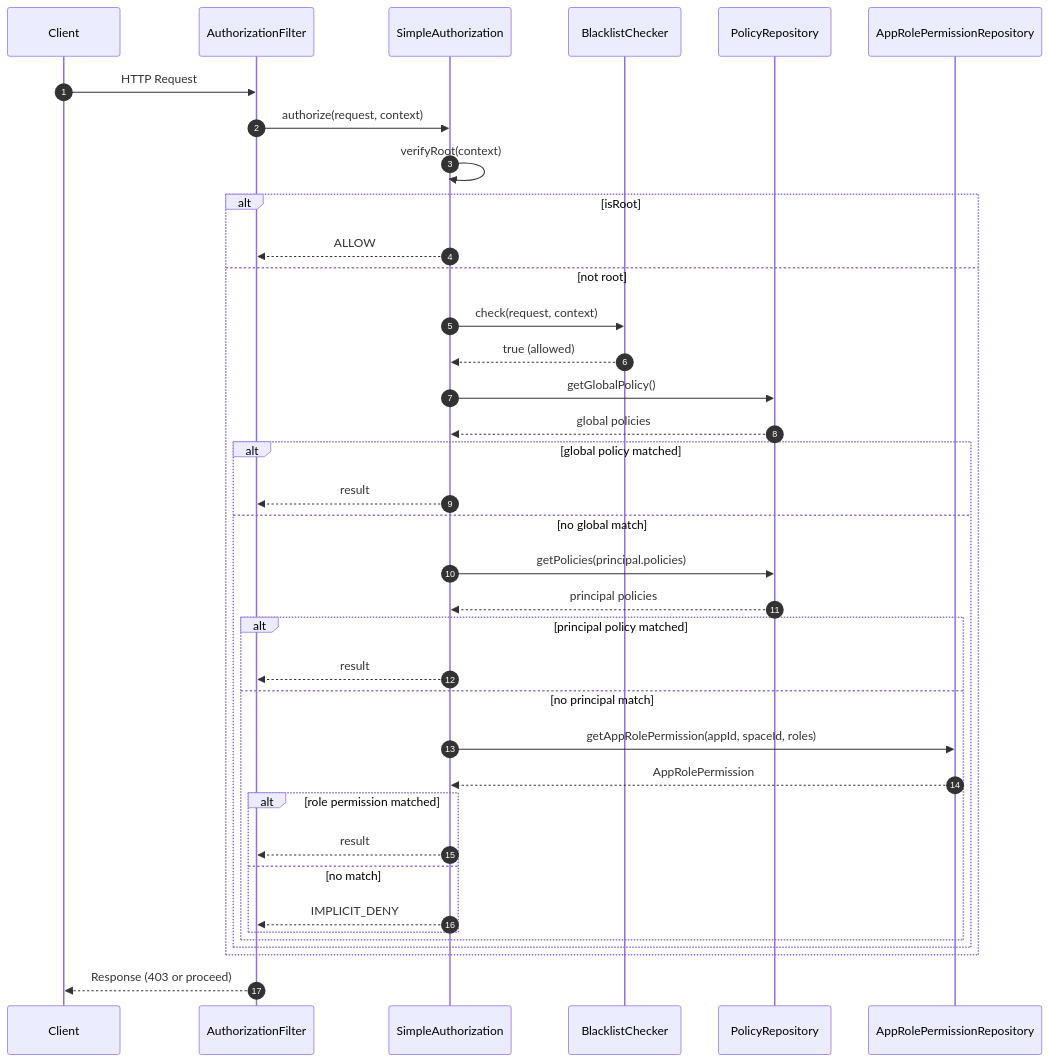
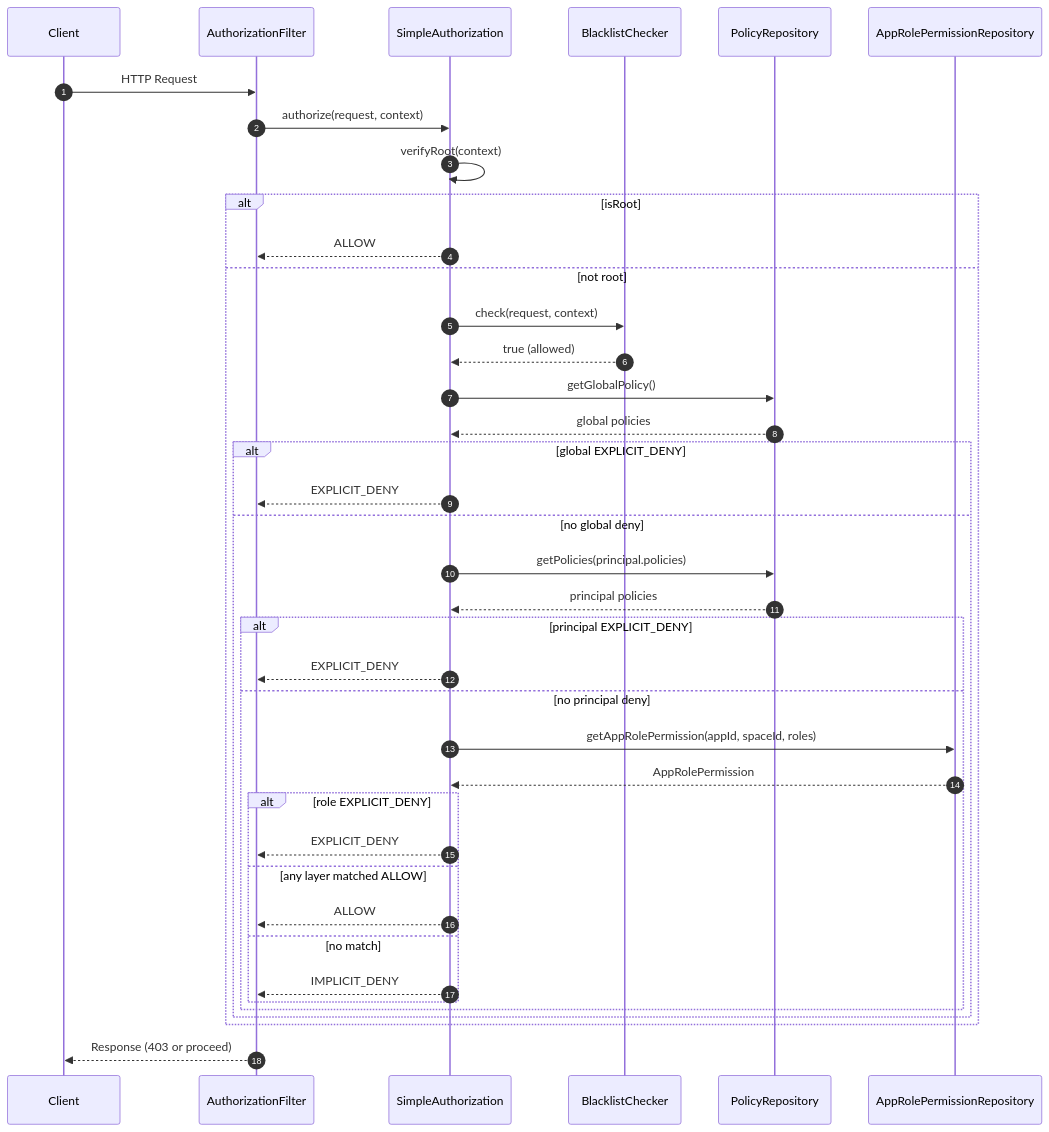
One commit to Ahoo-Wang/CoSec changed the third of 3 diagrams in wiki/deep-dive/authorization/authorization-flow.md. Above: the diagram before and after it, drawn with Mermaid. The commit also changed other lines of this file and 6 other files, not shown here.

First line of the commit message:
fix(authorization): let an explicit deny in any layer override allows from other layers

````diff
--- a/wiki/deep-dive/authorization/authorization-flow.md
+++ b/wiki/deep-dive/authorization/authorization-flow.md
@@ -161,41 +167,43 @@
 ```mermaid
 sequenceDiagram
     autonumber
     participant Client
     participant Filter as AuthorizationFilter
     participant Auth as SimpleAuthorization
     participant BL as BlacklistChecker
     participant GR as PolicyRepository
     participant PR as AppRolePermissionRepository
 
     Client->>Filter: HTTP Request
     Filter->>Auth: authorize(request, context)
     Auth->>Auth: verifyRoot(context)
     alt isRoot
         Auth-->>Filter: ALLOW
     else not root
         Auth->>BL: check(request, context)
         BL-->>Auth: true (allowed)
         Auth->>GR: getGlobalPolicy()
         GR-->>Auth: global policies
-        alt global policy matched
-            Auth-->>Filter: result
-        else no global match
+        alt global EXPLICIT_DENY
+            Auth-->>Filter: EXPLICIT_DENY
+        else no global deny
             Auth->>GR: getPolicies(principal.policies)
             GR-->>Auth: principal policies
-            alt principal policy matched
-                Auth-->>Filter: result
-            else no principal match
+            alt principal EXPLICIT_DENY
+                Auth-->>Filter: EXPLICIT_DENY
+            else no principal deny
                 Auth->>PR: getAppRolePermission(appId, spaceId, roles)
                 PR-->>Auth: AppRolePermission
-                alt role permission matched
-                    Auth-->>Filter: result
+                alt role EXPLICIT_DENY
+                    Auth-->>Filter: EXPLICIT_DENY
+                else any layer matched ALLOW
+                    Auth-->>Filter: ALLOW
                 else no match
                     Auth-->>Filter: IMPLICIT_DENY
                 end
             end
         end
     end
     Filter-->>Client: Response (403 or proceed)
 
 ```
````
